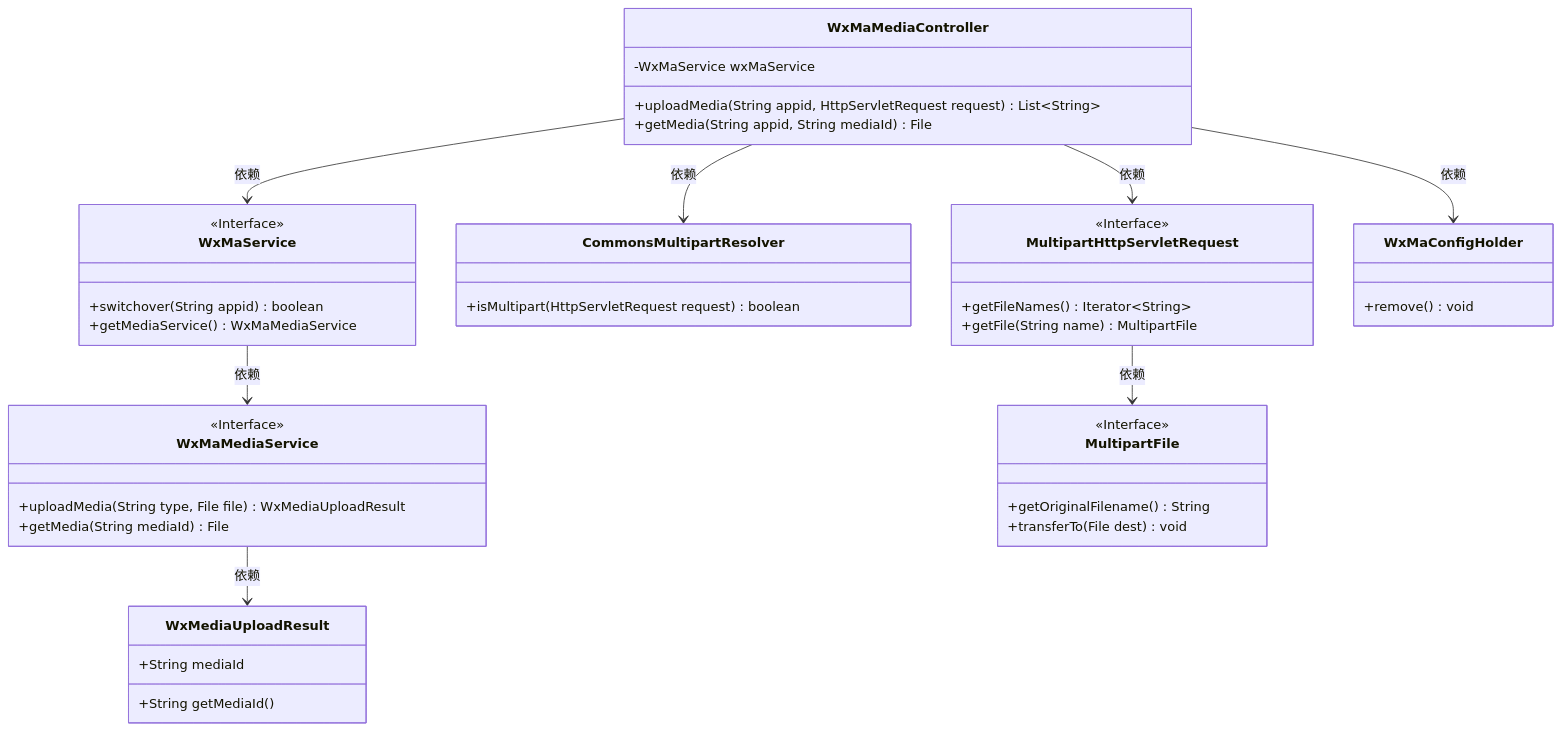
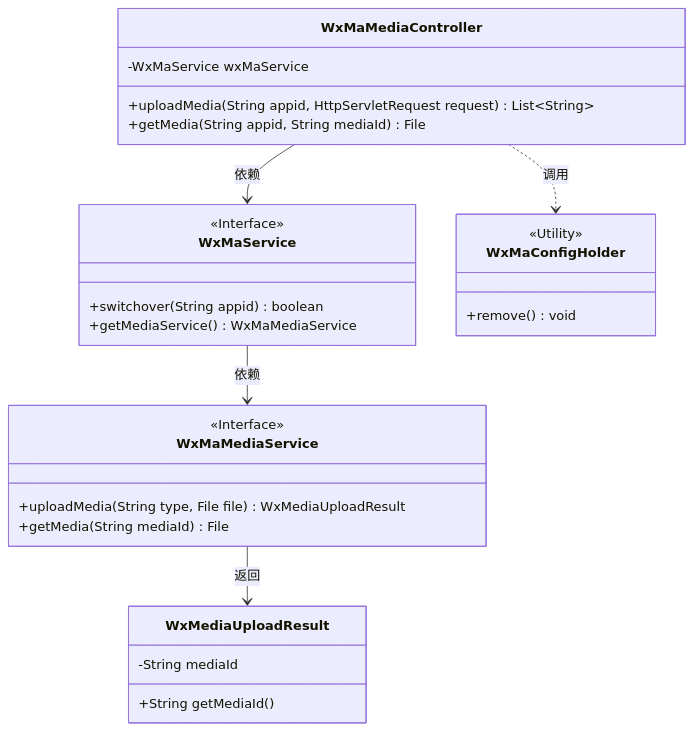
The first of 2 diagrams in docs/zh/docs/src/main/java/com/github/binarywang/demo/wx/miniapp/controller/WxMaMediaController.md (v-wjrong/rongwj666_weixin-java-miniapp-demo), drawn with Mermaid before and after one commit. The commit also changed other lines of this file and 49 other files, not shown here.

````diff
--- a/docs/zh/docs/src/main/java/com/github/binarywang/demo/wx/miniapp/controller/WxMaMediaController.md
+++ b/docs/zh/docs/src/main/java/com/github/binarywang/demo/wx/miniapp/controller/WxMaMediaController.md
@@ -36,53 +36,35 @@
 ```mermaid
 classDiagram
     class WxMaMediaController {
         -WxMaService wxMaService
         +uploadMedia(String appid, HttpServletRequest request) List~String~
         +getMedia(String appid, String mediaId) File
     }
 
     class WxMaService {
         <<Interface>>
         +switchover(String appid) boolean
         +getMediaService() WxMaMediaService
     }
 
     class WxMaMediaService {
         <<Interface>>
         +uploadMedia(String type, File file) WxMediaUploadResult
         +getMedia(String mediaId) File
     }
 
     class WxMediaUploadResult {
-        +String mediaId
+        -String mediaId
         +String getMediaId()
     }
 
-    class CommonsMultipartResolver {
-        +isMultipart(HttpServletRequest request) boolean
-    }
-
-    class MultipartHttpServletRequest {
-        <<Interface>>
-        +getFileNames() Iterator~String~
-        +getFile(String name) MultipartFile
-    }
-
-    class MultipartFile {
-        <<Interface>>
-        +getOriginalFilename() String
-        +transferTo(File dest) void
-    }
-
     class WxMaConfigHolder {
+        <<Utility>>
         +remove() void
     }
 
     WxMaMediaController --> WxMaService : 依赖
-    WxMaMediaController --> CommonsMultipartResolver : 依赖
-    WxMaMediaController --> MultipartHttpServletRequest : 依赖
-    WxMaMediaController --> WxMaConfigHolder : 依赖
     WxMaService --> WxMaMediaService : 依赖
-    WxMaMediaService --> WxMediaUploadResult : 依赖
-    MultipartHttpServletRequest --> MultipartFile : 依赖
+    WxMaMediaService --> WxMediaUploadResult : 返回
+    WxMaMediaController ..> WxMaConfigHolder : 调用
 ```
````
